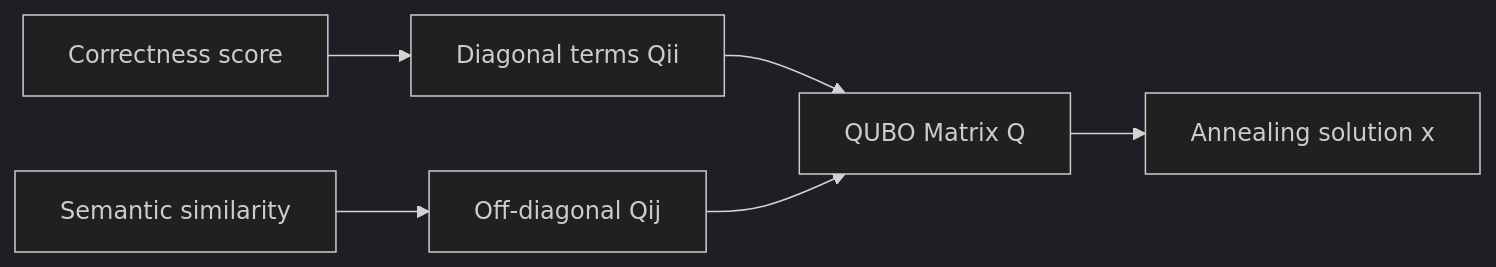
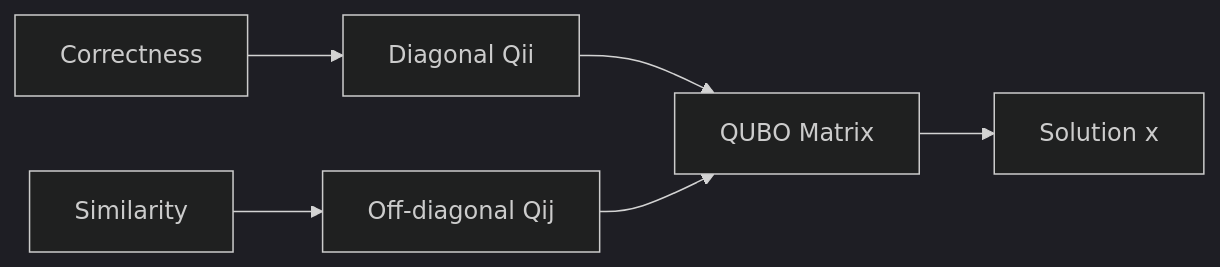
One commit to tanaymitra54/samsung_backup changed the ninth of 15 diagrams in README.md. Above: the diagram before and after it, drawn with Mermaid (dark theme). The commit also changed other lines of this file, not shown here.

Commit message:
Simplify README Mermaid diagrams: shorter labels, cleaner visuals, less text

````diff
--- a/README.md
+++ b/README.md
@@ -296,8 +262,8 @@
 ```mermaid
 flowchart LR
-    C[Correctness score] --> D[Diagonal terms Qii]
-    S[Semantic similarity] --> O[Off-diagonal Qij]
-    D --> Q[QUBO Matrix Q]
+    C[Correctness] --> D[Diagonal Qii]
+    S[Similarity] --> O[Off-diagonal Qij]
+    D --> Q[QUBO Matrix]
     O --> Q
-    Q --> X[Annealing solution x]
+    Q --> X[Solution x]
 ```
````
